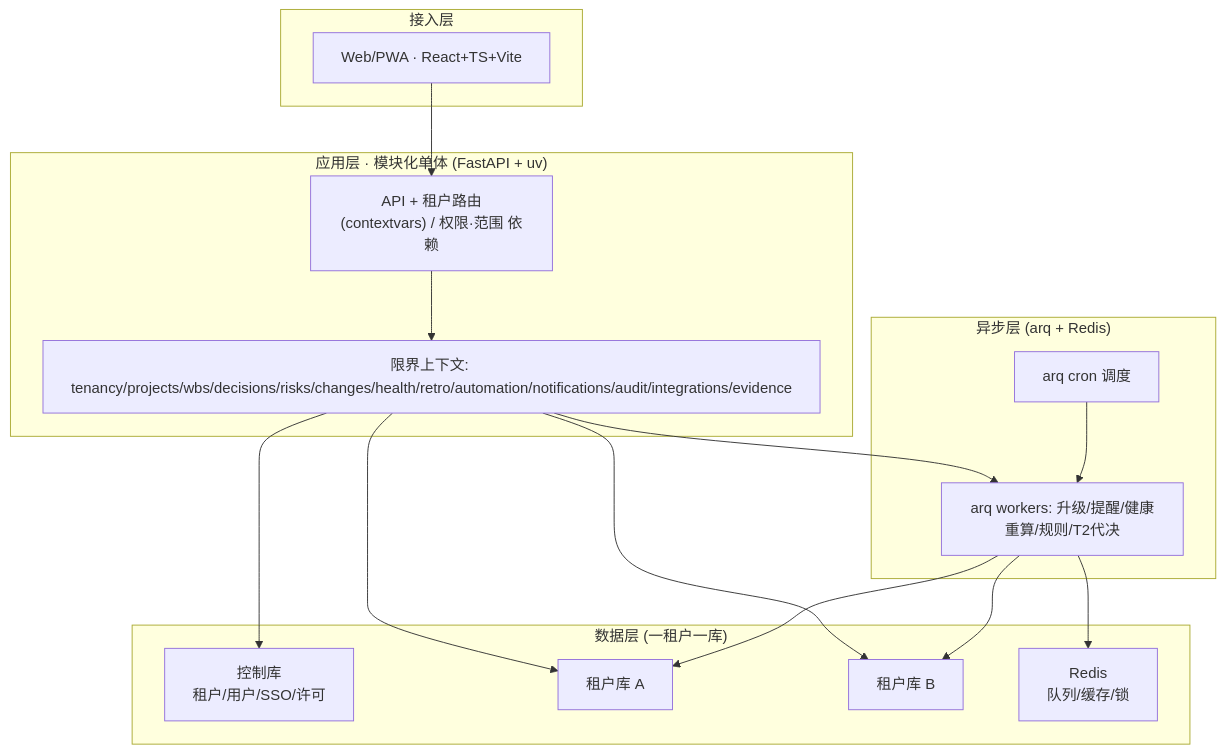
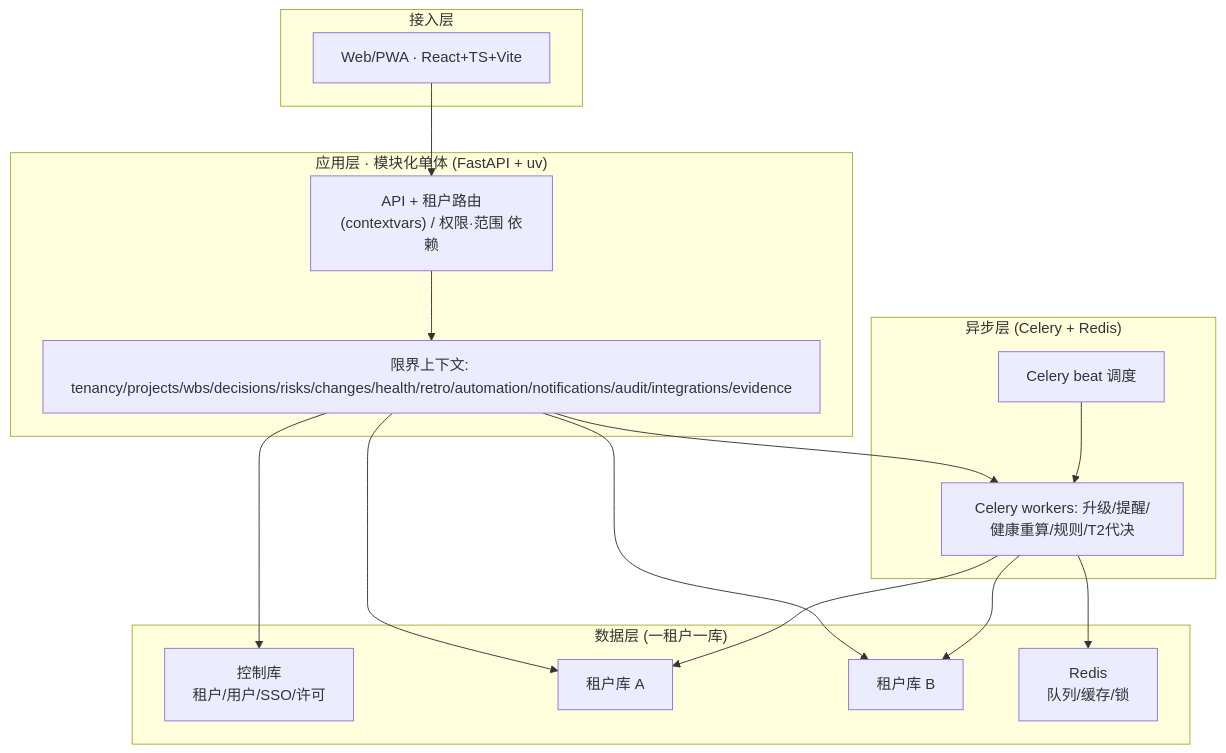
The diagram in docs/14-技术架构设计.md (lengfengng1-ai-architect/pmsi), drawn with Mermaid before and after one commit. The commit also changed other lines of this file and 1 other file, not shown here.

Commit message:
docs: 任务队列改用 Celery（beat 调度 + worker 独立进程 + Redis broker，T2 用 countdown/eta）

````diff
--- a/docs/14-技术架构设计.md
+++ b/docs/14-技术架构设计.md
@@ -96,29 +96,29 @@
 ```mermaid
 flowchart TB
   subgraph EDGE["接入层"]
     WEB["Web/PWA · React+TS+Vite"]
   end
   subgraph APP["应用层 · 模块化单体 (FastAPI + uv)"]
     MW["API + 租户路由(contextvars) / 权限·范围 依赖"]
     CTX["限界上下文: tenancy/projects/wbs/decisions/risks/changes/health/retro/automation/notifications/audit/integrations/evidence"]
   end
-  subgraph ASYNC["异步层 (arq + Redis)"]
-    WORK["arq workers: 升级/提醒/健康重算/规则/T2代决"]
-    CRON["arq cron 调度"]
+  subgraph ASYNC["异步层 (Celery + Redis)"]
+    WORK["Celery workers: 升级/提醒/健康重算/规则/T2代决"]
+    CRON["Celery beat 调度"]
   end
   subgraph DATA["数据层 (一租户一库)"]
     CTRL["控制库\n租户/用户/SSO/许可"]
     T1["租户库 A"]
     T2["租户库 B"]
     REDIS["Redis\n队列/缓存/锁"]
   end
   WEB --> MW --> CTX
   CTX --> CTRL
   CTX --> T1
   CTX --> T2
   CTX --> WORK
   WORK --> T1
   WORK --> T2
   WORK --> REDIS
   CRON --> WORK
 ```
````
